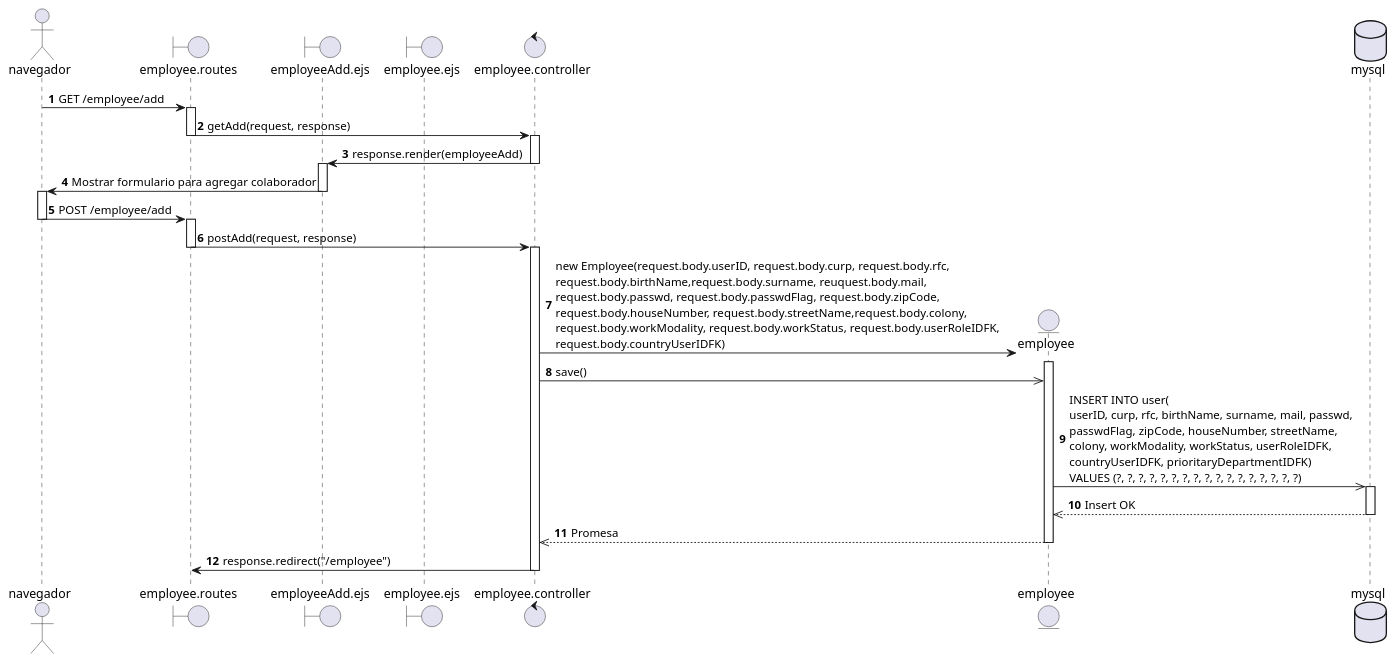
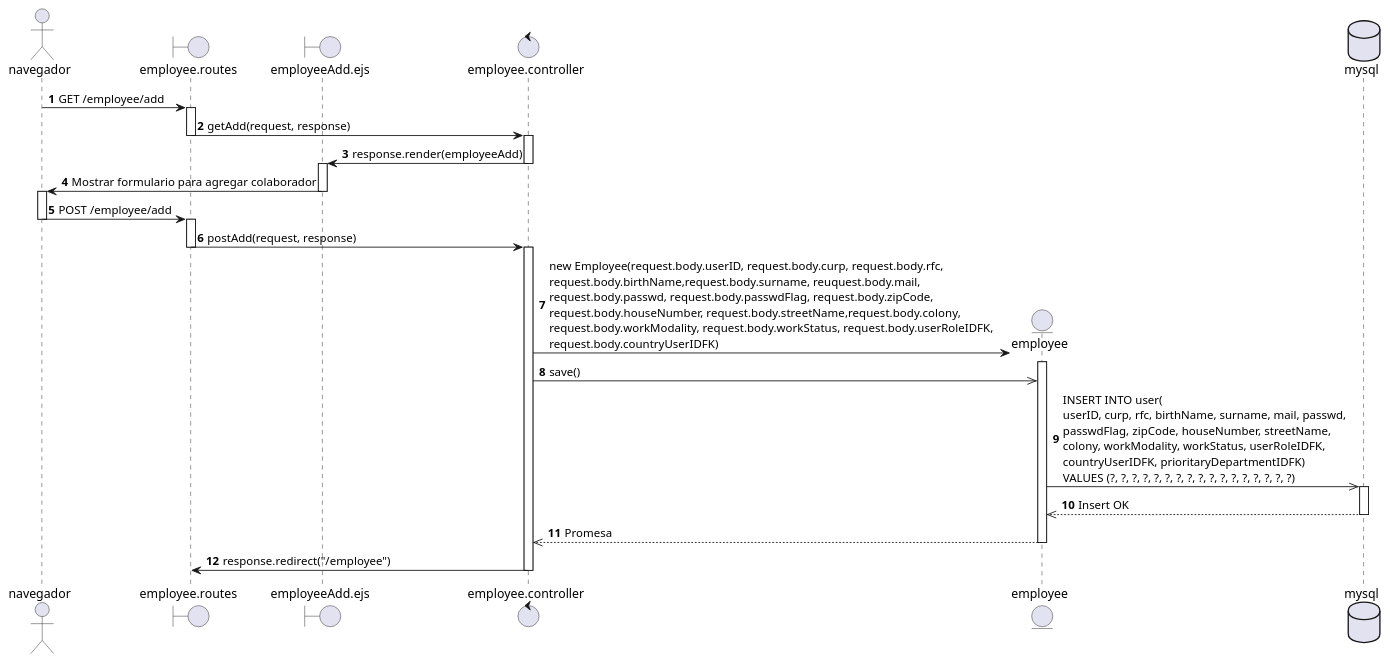
Before and after one commit to EdCanCe/WorkCells: the diagram in diagrams/Casos de Uso/CU Emilio/DS/CU32.puml, drawn with PlantUML. The commit also changed 3 other files, not shown here.

Commit message:
Actualizacion de diagrama de secuencia del CU21

```diff
--- a/diagrams/Casos de Uso/CU Emilio/DS/CU32.puml
+++ b/diagrams/Casos de Uso/CU Emilio/DS/CU32.puml
@@ -1,50 +1,49 @@
 @startuml CU32 - Super admin registra alta de empleado
 actor navegador
 boundary employee.routes
 boundary employeeAdd.ejs
-boundary employee.ejs
 control employee.controller
 entity employee
 database mysql
 
 autonumber
 navegador -> employee.routes : GET /employee/add
 activate employee.routes
 
 employee.routes -> employee.controller: getAdd(request, response)
 deactivate employee.routes
 activate employee.controller
 
 employee.controller -> employeeAdd.ejs: response.render(employeeAdd)
 deactivate employee.controller
 activate employeeAdd.ejs
 
 employeeAdd.ejs -> navegador : Mostrar formulario para agregar colaborador
 deactivate employeeAdd.ejs
 activate navegador
 
 navegador -> employee.routes : POST /employee/add
 deactivate navegador
 activate employee.routes
 
 employee.routes -> employee.controller : postAdd(request, response)
 deactivate employee.routes
 activate employee.controller
 
 create employee
 employee.controller -> employee : new Employee(request.body.userID, request.body.curp, request.body.rfc, \nrequest.body.birthName,request.body.surname, reuquest.body.mail, \nrequest.body.passwd, request.body.passwdFlag, request.body.zipCode,\nrequest.body.houseNumber, request.body.streetName,request.body.colony, \nrequest.body.workModality, request.body.workStatus, request.body.userRoleIDFK, \nrequest.body.countryUserIDFK)
 activate employee
 
 employee.controller ->> employee : save()
 
 employee ->> mysql : INSERT INTO user(\nuserID, curp, rfc, birthName, surname, mail, passwd, \npasswdFlag, zipCode, houseNumber, streetName, \ncolony, workModality, workStatus, userRoleIDFK, \ncountryUserIDFK, prioritaryDepartmentIDFK) \nVALUES (?, ?, ?, ?, ?, ?, ?, ?, ?, ?, ?, ?, ?, ?, ?, ?, ?)
 activate mysql
 mysql -->> employee : Insert OK
 deactivate mysql
 employee -->> employee.controller : Promesa
 deactivate employee
 
 employee.controller -> employee.routes : response.redirect("/employee")
 deactivate employee.controller
 
 @enduml
```
